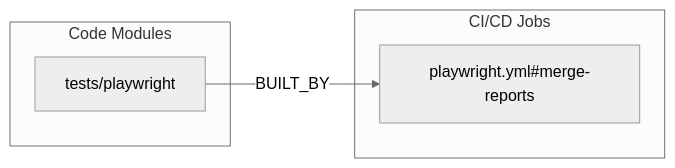
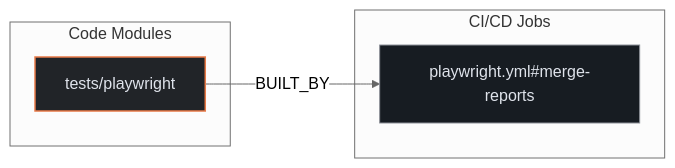
The second of 3 diagrams in exports/latest/reports/nextcloud-photos-report.md (kumarshaz/atruss-code-atlas), drawn with Mermaid (neutral theme) before and after one commit. The commit also changed other lines of this file and 331 other files, not shown here.

Commit message:
docs,ui,fix: update SDLC docs, reorder CI/CD DAG first, stylize Mermaid, and fix Arc42 pipeline topology

````diff
--- a/exports/latest/reports/nextcloud-photos-report.md
+++ b/exports/latest/reports/nextcloud-photos-report.md
@@ -110,10 +117,14 @@
 ```mermaid
 flowchart LR
+    classDef atlasCategory fill:#212428,stroke:#E87A48,stroke-width:1.5px,color:#dfe3eb
+    classDef atlasWorkflow fill:#1b2026,stroke:#a3c9ff,stroke-width:1.5px,color:#dfe3eb
+    classDef atlasJob fill:#171c22,stroke:#8d9199,stroke-width:1px,color:#dfe3eb
+    classDef atlasTarget fill:#005227,stroke:#8bd99b,stroke-width:1.5px,color:#a7f6b6
     subgraph code_modules["Code Modules"]
-        mod_tests_playwright["tests/playwright"]
+        mod_tests_playwright["tests/playwright"]:::atlasCategory
     end
     subgraph ci_jobs["CI/CD Jobs"]
-        job_playwright_yml_merge_reports["playwright.yml#merge-reports"]
+        job_playwright_yml_merge_reports["playwright.yml#merge-reports"]:::atlasJob
     end
     mod_tests_playwright -->|BUILT_BY| job_playwright_yml_merge_reports
 ```
````
